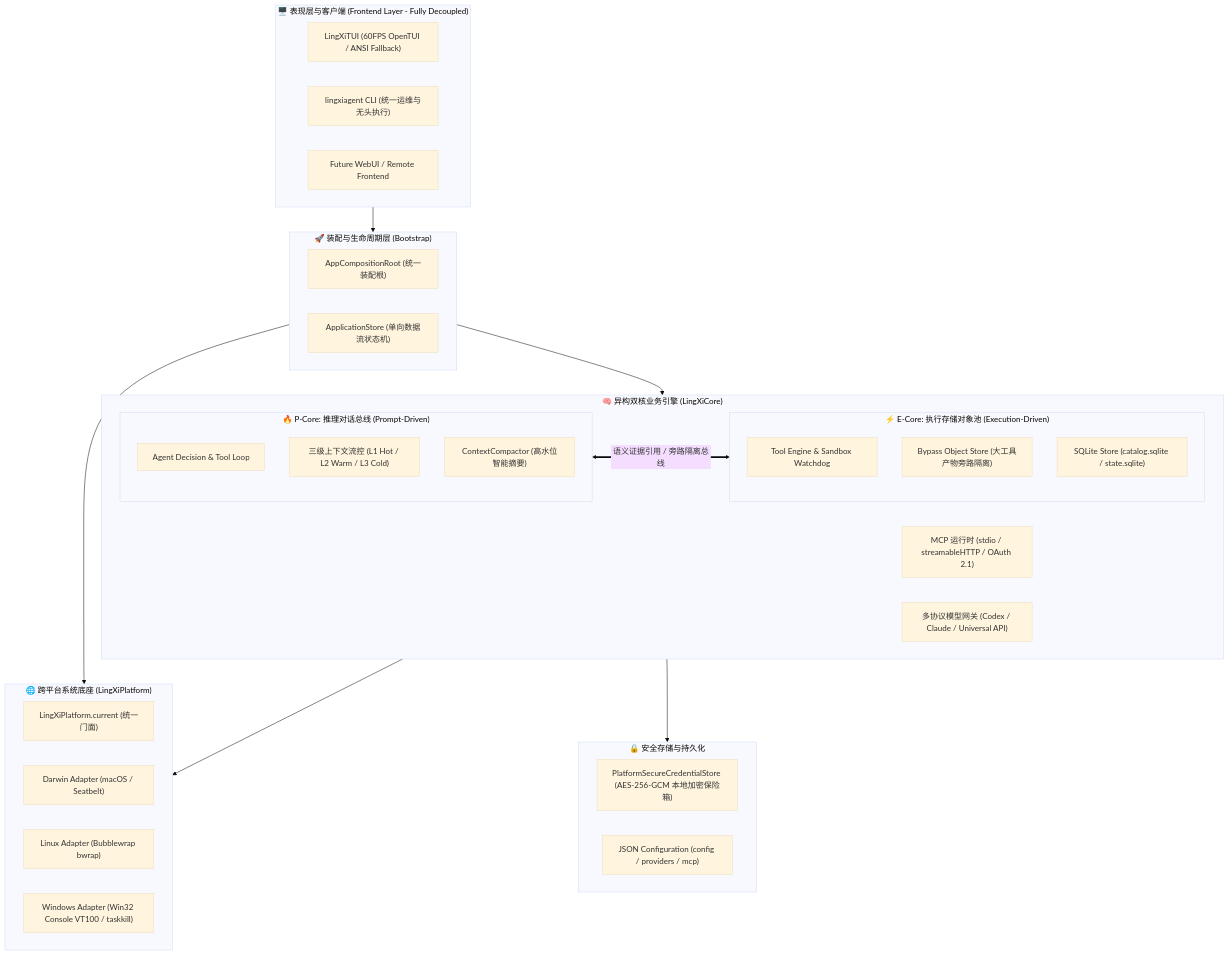
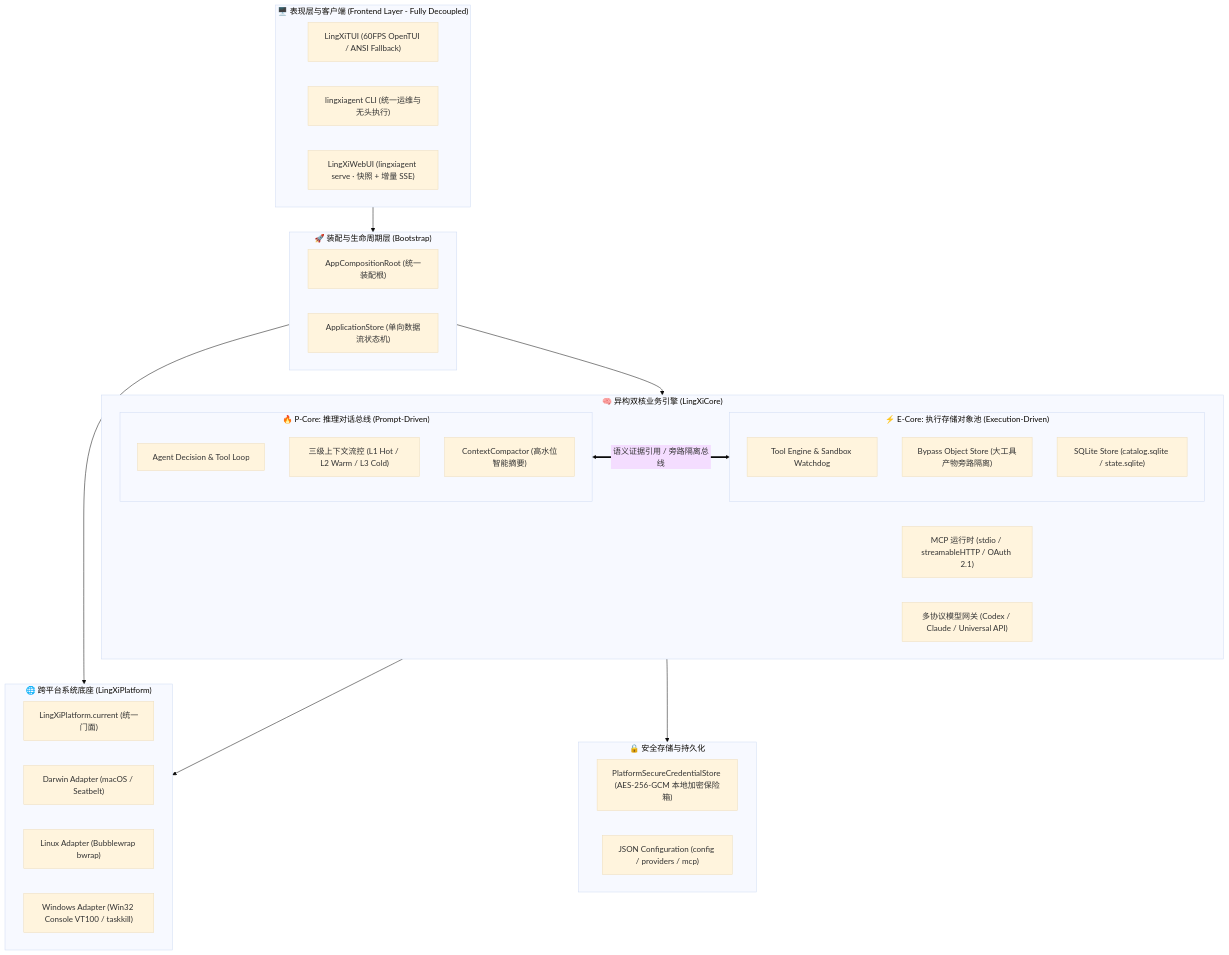
The first of 2 diagrams in README.md (LingXiFox/LingXiAgent), drawn with Mermaid (base theme) before and after one commit. The commit also changed other lines of this file and 1 other file, not shown here.

````diff
--- a/README.md
+++ b/README.md
@@ -127,49 +127,49 @@
 ```mermaid
 flowchart TD
     subgraph UI_Layer["🖥️ 表现层与客户端 (Frontend Layer - Fully Decoupled)"]
         TUI["LingXiTUI (60FPS OpenTUI / ANSI Fallback)"]
         CLI["lingxiagent CLI (统一运维与无头执行)"]
-        WebClient["Future WebUI / Remote Frontend"]
+        WebClient["LingXiWebUI (lingxiagent serve · 快照 + 增量 SSE)"]
     end
 
     subgraph Bootstrap_Layer["🚀 装配与生命周期层 (Bootstrap)"]
         Root["AppCompositionRoot (统一装配根)"]
         Store["ApplicationStore (单向数据流状态机)"]
     end
 
     subgraph Platform_Layer["🌐 跨平台系统底座 (LingXiPlatform)"]
         PlatformFacade["LingXiPlatform.current (统一门面)"]
         DarwinAdapter["Darwin Adapter (macOS / Seatbelt)"]
         LinuxAdapter["Linux Adapter (Bubblewrap bwrap)"]
         WindowsAdapter["Windows Adapter (Win32 Console VT100 / taskkill)"]
     end
 
     subgraph Core_Engines["🧠 异构双核业务引擎 (LingXiCore)"]
         subgraph P_Core["🔥 P-Core: 推理对话总线 (Prompt-Driven)"]
             ReasoningLoop["Agent Decision & Tool Loop"]
             ContextCtrl["三级上下文流控 (L1 Hot / L2 Warm / L3 Cold)"]
             Compactor["ContextCompactor (高水位智能摘要)"]
         end
 
         subgraph E_Core["⚡ E-Core: 执行存储对象池 (Execution-Driven)"]
             ToolRuntime["Tool Engine & Sandbox Watchdog"]
             ObjectStore["Bypass Object Store (大工具产物旁路隔离)"]
             StateDB["SQLite Store (catalog.sqlite / state.sqlite)"]
         end
 
         MCPRuntime["MCP 运行时 (stdio / streamableHTTP / OAuth 2.1)"]
         ModelGateway["多协议模型网关 (Codex / Claude / Universal API)"]
     end
 
     subgraph Persistence["🔒 安全存储与持久化"]
         Vault["PlatformSecureCredentialStore (AES-256-GCM 本地加密保险箱)"]
         ConfigJSON["JSON Configuration (config / providers / mcp)"]
     end
 
     UI_Layer --> Bootstrap_Layer
     Bootstrap_Layer --> Platform_Layer
     Bootstrap_Layer --> Core_Engines
     Core_Engines --> Platform_Layer
     Core_Engines --> Persistence
     P_Core <== "语义证据引用 / 旁路隔离总线" ==> E_Core
 ```
````
